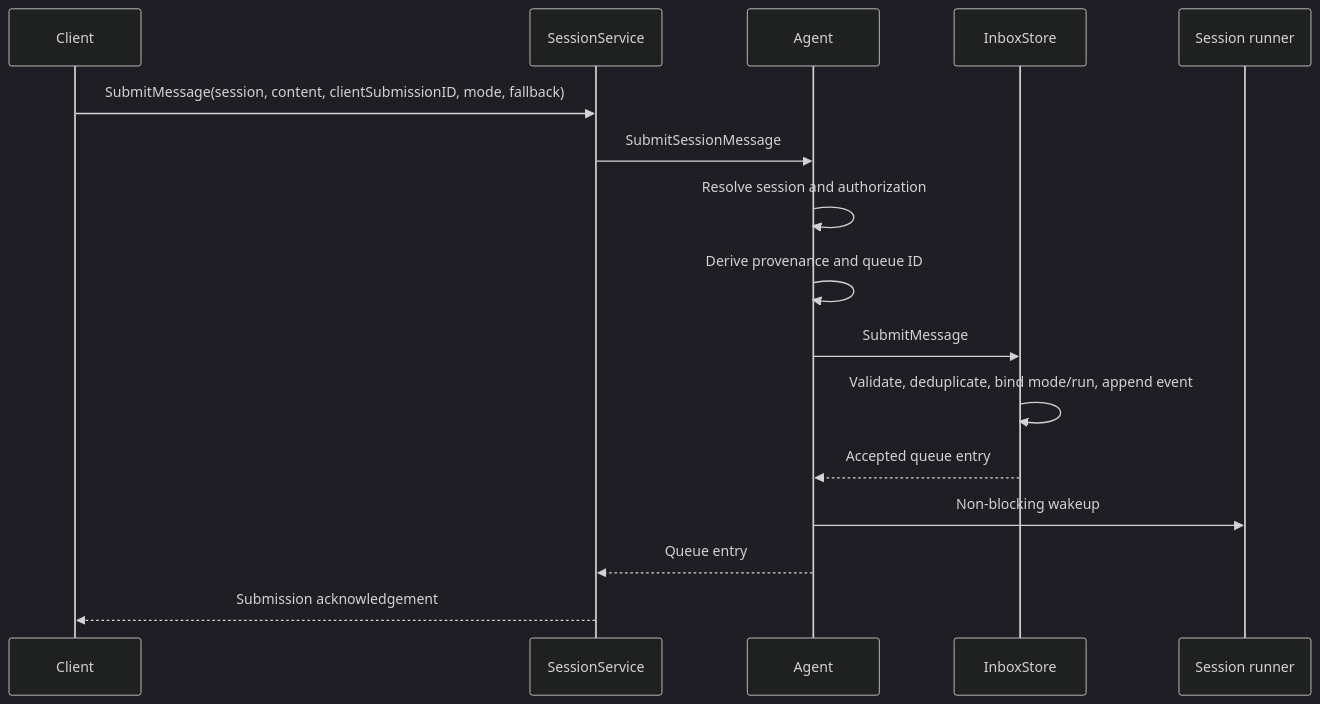
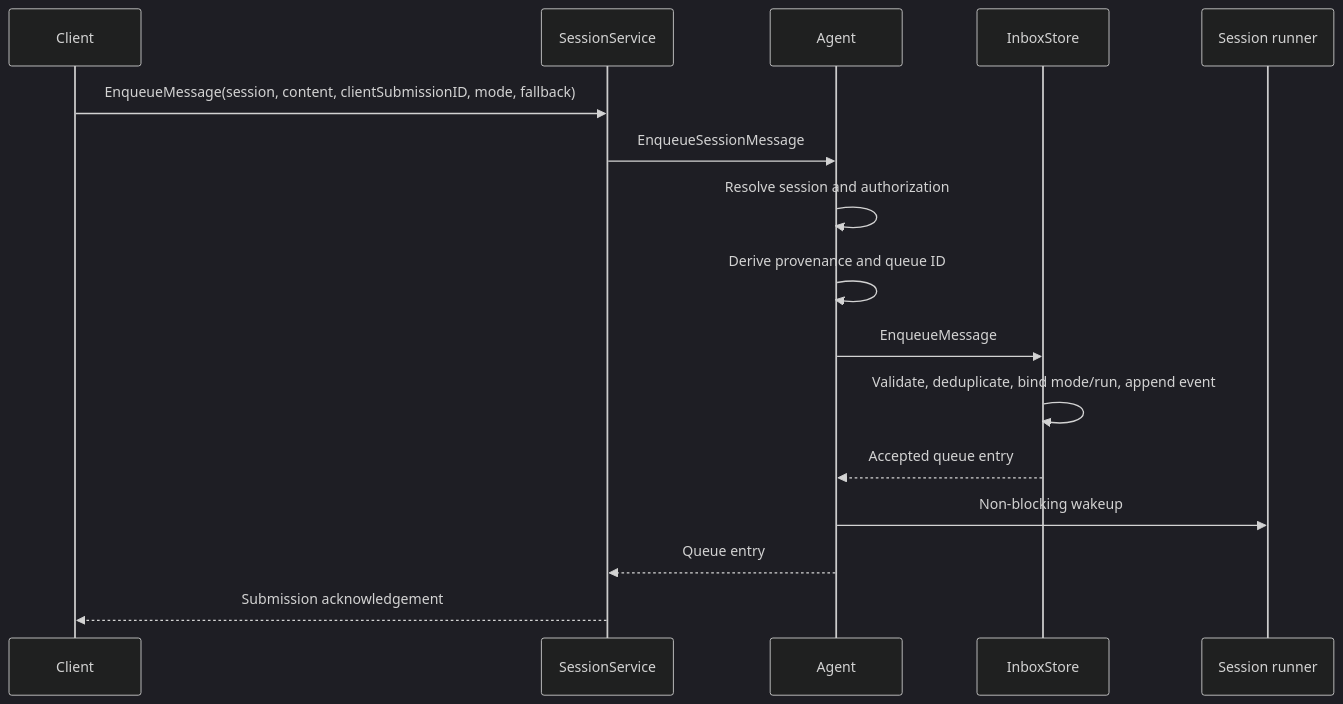
Before and after one commit to xymorphic/morph: the second of 8 diagrams in docs/studies/session-message-queue-study.md, drawn with Mermaid (dark theme). The commit also changed other lines of this file and 35 other files, not shown here.

````diff
--- a/docs/studies/session-message-queue-study.md
+++ b/docs/studies/session-message-queue-study.md
@@ -200,19 +194,19 @@
 ```mermaid
 sequenceDiagram
     participant C as Client
     participant RPC as SessionService
     participant A as Agent
     participant S as InboxStore
     participant R as Session runner
 
-    C->>RPC: SubmitMessage(session, content, clientSubmissionID, mode, fallback)
-    RPC->>A: SubmitSessionMessage
+    C->>RPC: EnqueueMessage(session, content, clientSubmissionID, mode, fallback)
+    RPC->>A: EnqueueSessionMessage
     A->>A: Resolve session and authorization
     A->>A: Derive provenance and queue ID
-    A->>S: SubmitMessage
+    A->>S: EnqueueMessage
     S->>S: Validate, deduplicate, bind mode/run, append event
     S-->>A: Accepted queue entry
     A->>R: Non-blocking wakeup
     A-->>RPC: Queue entry
     RPC-->>C: Submission acknowledgement
 ```
````
